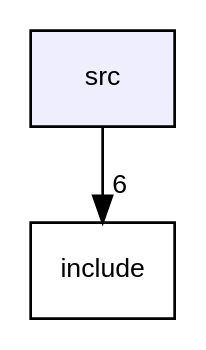
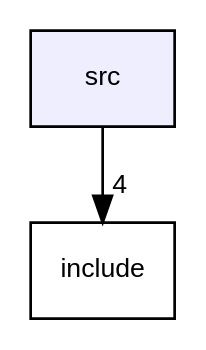
Before and after one commit to Alexmnzlms/panorama_extended: the diagram in dir_68267d1309a1af8e8297ef4c3efbcdba_dep.dot, drawn with Graphviz. The commit also changed 30 other files, not shown here.

```diff
--- a/dir_68267d1309a1af8e8297ef4c3efbcdba_dep.dot
+++ b/dir_68267d1309a1af8e8297ef4c3efbcdba_dep.dot
@@ -1,8 +1,8 @@
 digraph "src" {
   compound=true
   node [ fontsize="10", fontname="Helvetica"];
   edge [ labelfontsize="10", labelfontname="Helvetica"];
   dir_68267d1309a1af8e8297ef4c3efbcdba [shape=box, label="src", style="filled", fillcolor="#eeeeff", pencolor="black", URL="dir_68267d1309a1af8e8297ef4c3efbcdba.html"];
   dir_d44c64559bbebec7f509842c48db8b23 [shape=box label="include" URL="dir_d44c64559bbebec7f509842c48db8b23.html"];
-  dir_68267d1309a1af8e8297ef4c3efbcdba->dir_d44c64559bbebec7f509842c48db8b23 [headlabel="6", labeldistance=1.5 headhref="dir_000002_000001.html"];
+  dir_68267d1309a1af8e8297ef4c3efbcdba->dir_d44c64559bbebec7f509842c48db8b23 [headlabel="4", labeldistance=1.5 headhref="dir_000002_000001.html"];
 }
```
